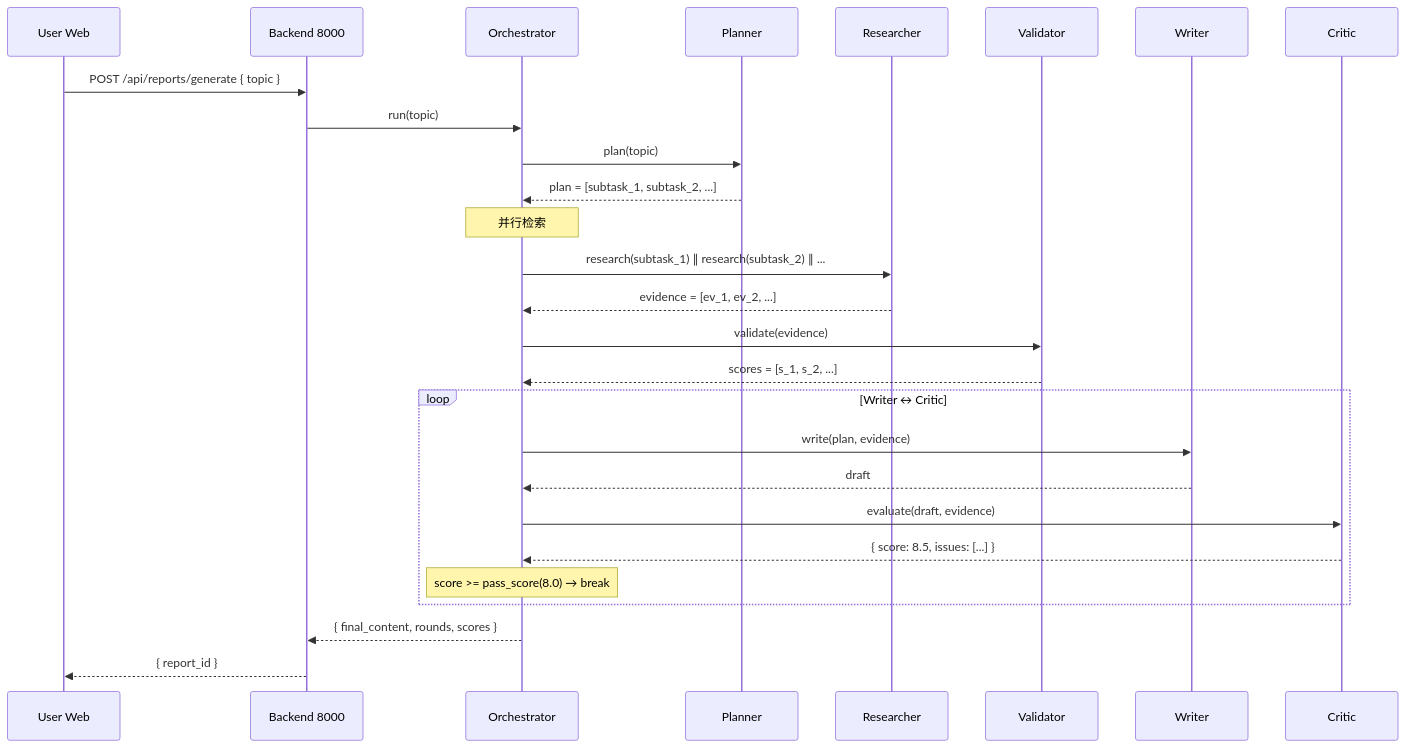
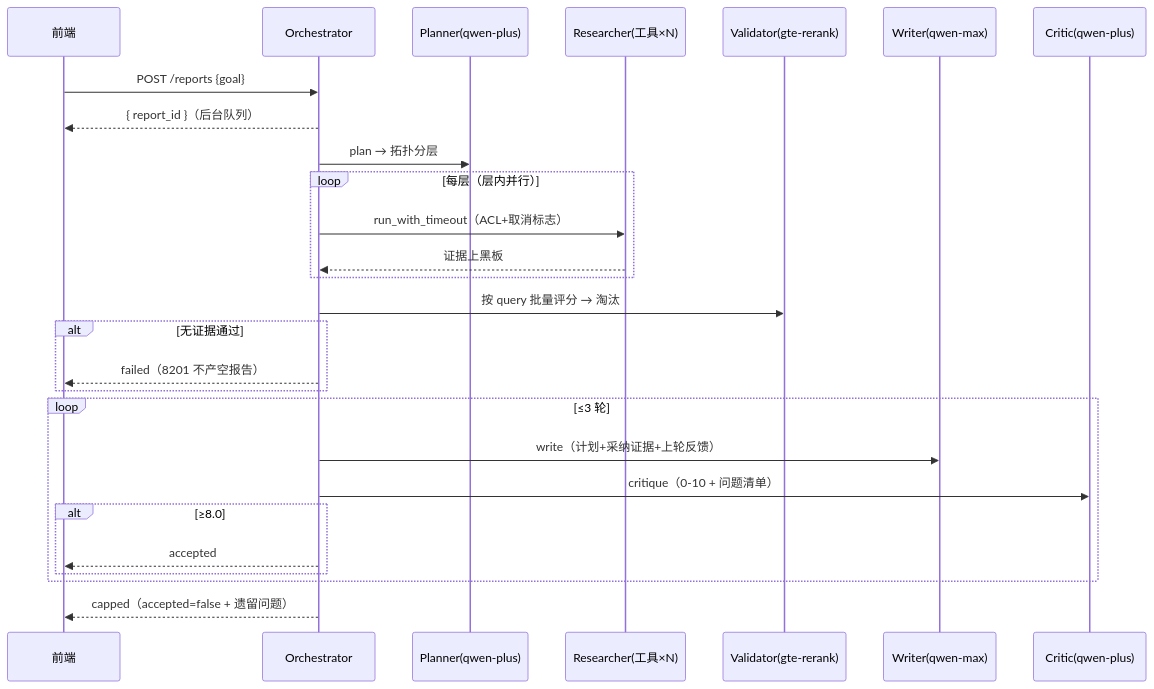
One commit to lzptouch/Kquery changed the fourth of 4 diagrams in doc/analysis/链路分析.md. Above: the diagram before and after it, drawn with Mermaid. The commit also changed other lines of this file and 598 other files, not shown here.

````diff
--- a/doc/analysis/链路分析.md
+++ b/doc/analysis/链路分析.md
@@ -521,34 +464,30 @@
 ```mermaid
 sequenceDiagram
-    participant U as User Web
-    participant ADM as Backend 8000
-    participant OR as Orchestrator
-    participant PL as Planner
-    participant RS as Researcher
-    participant VL as Validator
-    participant WR as Writer
-    participant CR as Critic
+    participant U as 前端
+    participant O as Orchestrator
+    participant P as Planner(qwen-plus)
+    participant R as Researcher(工具×N)
+    participant V as Validator(gte-rerank)
+    participant W as Writer(qwen-max)
+    participant C as Critic(qwen-plus)
 
-    U->>ADM: POST /api/reports/generate { topic }
-    ADM->>OR: run(topic)
-    OR->>PL: plan(topic)
-    PL-->>OR: plan = [subtask_1, subtask_2, ...]
-    
-    Note over OR: 并行检索
-    OR->>RS: research(subtask_1) ∥ research(subtask_2) ∥ ...
-    RS-->>OR: evidence = [ev_1, ev_2, ...]
-    
-    OR->>VL: validate(evidence)
-    VL-->>OR: scores = [s_1, s_2, ...]
-    
-    loop Writer ↔ Critic
-        OR->>WR: write(plan, evidence)
-        WR-->>OR: draft
-        OR->>CR: evaluate(draft, evidence)
-        CR-->>OR: { score: 8.5, issues: [...] }
-        Note over OR: score >= pass_score(8.0) → break
+    U->>O: POST /reports {goal}
+    O-->>U: { report_id }（后台队列）
+    O->>P: plan → 拓扑分层
+    loop 每层（层内并行）
+        O->>R: run_with_timeout（ACL+取消标志）
+        R-->>O: 证据上黑板
     end
-    
-    OR-->>ADM: { final_content, rounds, scores }
-    ADM-->>U: { report_id }
+    O->>V: 按 query 批量评分 → 淘汰
+    alt 无证据通过
+        O-->>U: failed（8201 不产空报告）
+    end
+    loop ≤3 轮
+        O->>W: write（计划+采纳证据+上轮反馈）
+        O->>C: critique（0-10 + 问题清单）
+        alt ≥8.0
+            O-->>U: accepted
+        end
+    end
+    O-->>U: capped（accepted=false + 遗留问题）
 ```
````
